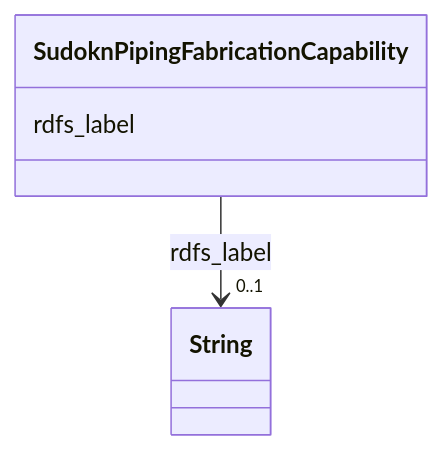
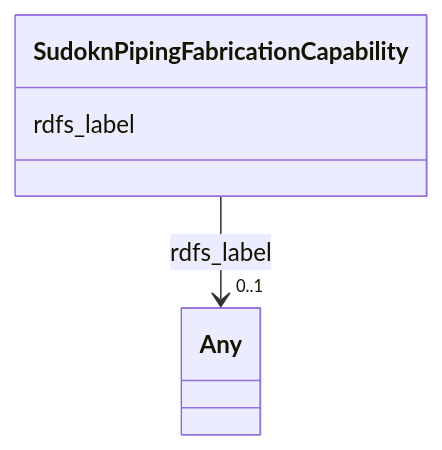
Before and after one commit to frink-okn/graph-descriptions: the diagram in sudokn-kg/classes/SudoknPipingFabricationCapability.md, drawn with Mermaid. The commit also changed other lines of this file and 903 other files, not shown here.

````diff
--- a/sudokn-kg/classes/SudoknPipingFabricationCapability.md
+++ b/sudokn-kg/classes/SudoknPipingFabricationCapability.md
@@ -23,15 +18,15 @@
 ```mermaid
  classDiagram
     class SudoknPipingFabricationCapability
     click SudoknPipingFabricationCapability href "../SudoknPipingFabricationCapability"
       SudoknPipingFabricationCapability : rdfs_label
         
           
     
     
-    SudoknPipingFabricationCapability --> "0..1" String : rdfs_label
-    click String href "../String"
+    SudoknPipingFabricationCapability --> "0..1" Any : rdfs_label
+    click Any href "../Any"
 
         
       
 ```
````
